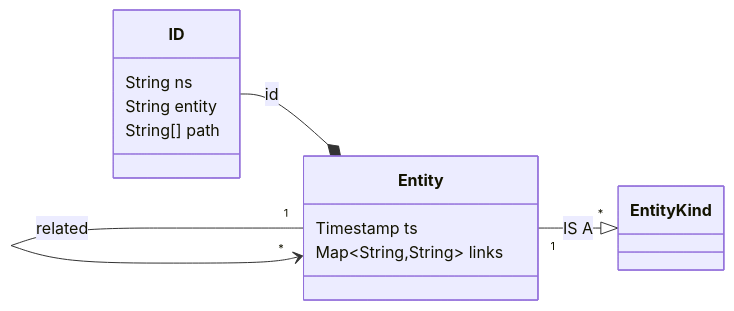
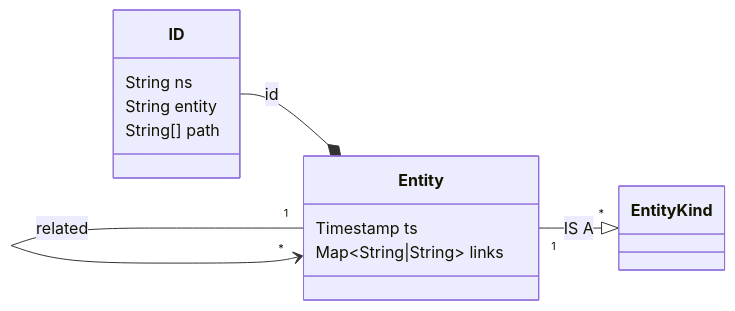
Before and after one commit to enola-dev/enola: the first of 2 diagrams in docs/concepts/core-arch.md, drawn with Mermaid. The commit also changed other lines of this file and 34 other files, not shown here.

````diff
--- a/docs/concepts/core-arch.md
+++ b/docs/concepts/core-arch.md
@@ -28,16 +27,16 @@
 ``` mermaid
 classDiagram
   direction RL
   class ID{
     String ns
     String entity
     String[] path
   }
   class Entity{
     Timestamp ts
-    Map~String,String~ links
+    Map~String|String~ links
   }
   Entity *-- ID : id
   Entity "1" --> "*" Entity : related
   EntityKind "*" <|-- "1" Entity : IS A
 ```
````
